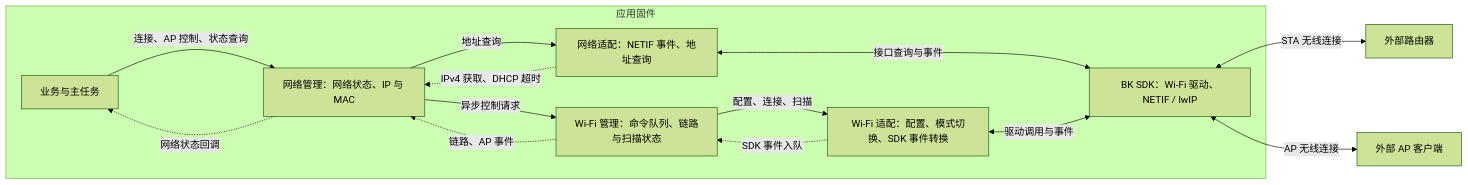
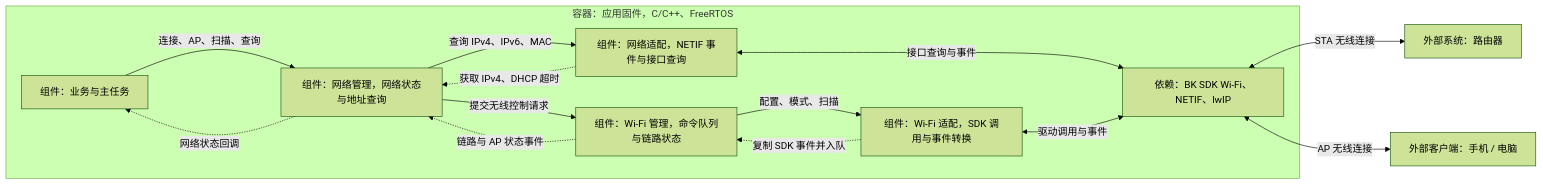
One commit to dragonxiaoex/bk7239 changed the first of 3 diagrams in docs/network_wifi.md. Above: the diagram before and after it, drawn with Mermaid (forest theme). The commit also changed other lines of this file and 13 other files, not shown here.

````diff
--- a/docs/network_wifi.md
+++ b/docs/network_wifi.md
@@ -21,25 +23,25 @@
 ```mermaid
 flowchart LR
-    subgraph firmware ["应用固件"]
-        app["业务与主任务"]
-        net["网络管理：网络状态、IP 与 MAC"]
-        wifi["Wi-Fi 管理：命令队列、链路与扫描状态"]
-        netPort["网络适配：NETIF 事件、地址查询"]
-        wifiPort["Wi-Fi 适配：配置、模式切换、SDK 事件转换"]
-        sdk["BK SDK：Wi-Fi 驱动、NETIF / lwIP"]
+    subgraph firmware ["容器：应用固件，C/C++、FreeRTOS"]
+        app["组件：业务与主任务"]
+        net["组件：网络管理，网络状态与地址查询"]
+        wifi["组件：Wi-Fi 管理，命令队列与链路状态"]
+        netPort["组件：网络适配，NETIF 事件与接口查询"]
+        wifiPort["组件：Wi-Fi 适配，SDK 调用与事件转换"]
+        sdk["依赖：BK SDK Wi-Fi、NETIF、lwIP"]
     end
-    router["外部路由器"]
-    client["外部 AP 客户端"]
-    app -->|"连接、AP 控制、状态查询"| net
-    net -->|"异步控制请求"| wifi
-    wifi -.->|"链路、AP 事件"| net
+    router["外部系统：路由器"]
+    client["外部客户端：手机 / 电脑"]
+    app -->|"连接、AP、扫描、查询"| net
+    net -->|"提交无线控制请求"| wifi
+    wifi -.->|"链路与 AP 状态事件"| net
     net -.->|"网络状态回调"| app
-    net -->|"地址查询"| netPort
-    netPort -.->|"IPv4 获取、DHCP 超时"| net
-    wifi -->|"配置、连接、扫描"| wifiPort
-    wifiPort -.->|"SDK 事件入队"| wifi
+    net -->|"查询 IPv4、IPv6、MAC"| netPort
+    netPort -.->|"获取 IPv4、DHCP 超时"| net
+    wifi -->|"配置、模式、扫描"| wifiPort
+    wifiPort -.->|"复制 SDK 事件并入队"| wifi
     netPort <-->|"接口查询与事件"| sdk
     wifiPort <-->|"驱动调用与事件"| sdk
     sdk <-->|"STA 无线连接"| router
     sdk <-->|"AP 无线连接"| client
 ```
````
